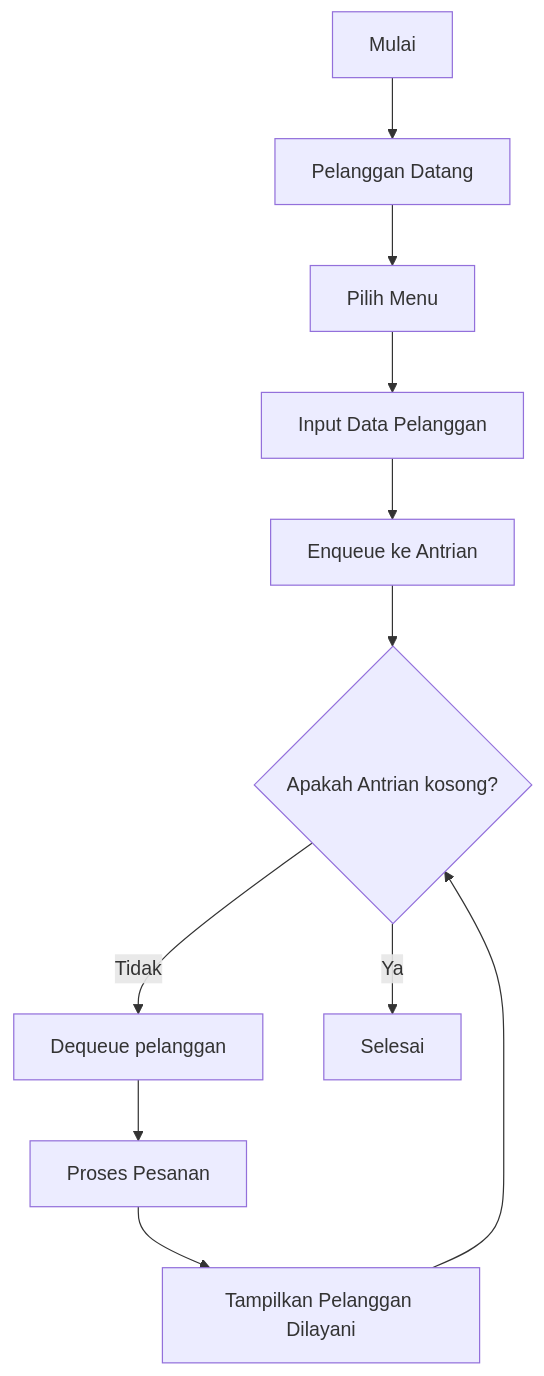
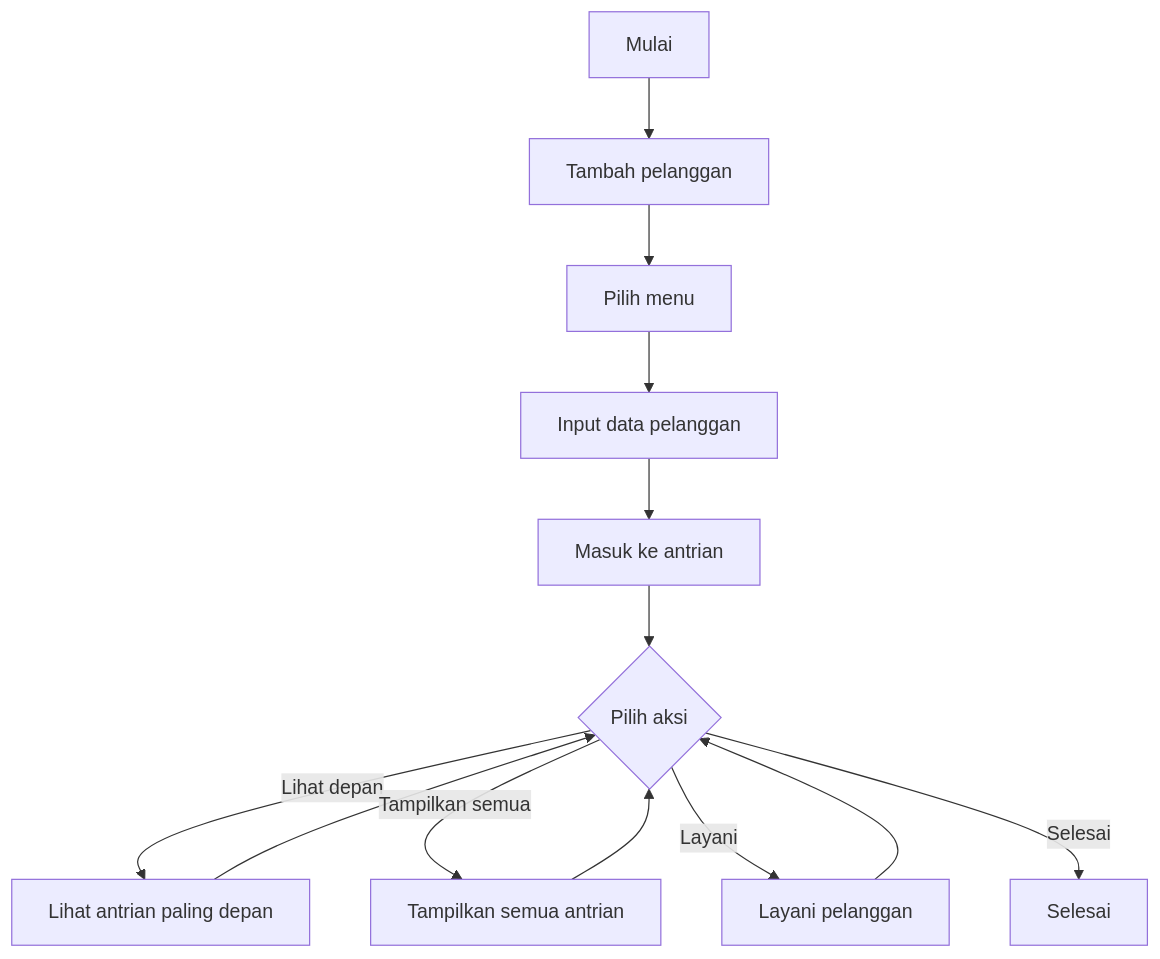
Before and after one commit to Nanzz1112/ProjectUTS-StrukturData: the diagram in README.md, drawn with Mermaid.

````diff
--- a/README.md
+++ b/README.md
@@ -75,14 +75,15 @@
 ```mermaid
 flowchart TD
-    A[Mulai] --> B[Pelanggan Datang]
-    B --> C[Pilih Menu]
-    C --> D[Input Data Pelanggan]
-    D --> E[Enqueue ke Antrian]
-    E --> F{Apakah Antrian kosong?}
-    F -->|Tidak| G[Dequeue pelanggan]
-    G --> H[Proses Pesanan]
-    H --> I[Tampilkan Pelanggan Dilayani]
+    A[Mulai] --> B[Tambah pelanggan]
+    B --> C[Pilih menu]
+    C --> D[Input data pelanggan]
+    D --> E[Masuk ke antrian]
+    E --> F{Pilih aksi}
+    F -->|Lihat depan| G[Lihat antrian paling depan]
+    G --> F
+    F -->|Tampilkan semua| H[Tampilkan semua antrian]
+    H --> F
+    F -->|Layani| I[Layani pelanggan]
     I --> F
-    F -->|Ya| J[Selesai]
-
+    F -->|Selesai| J[Selesai]
 ```
````
